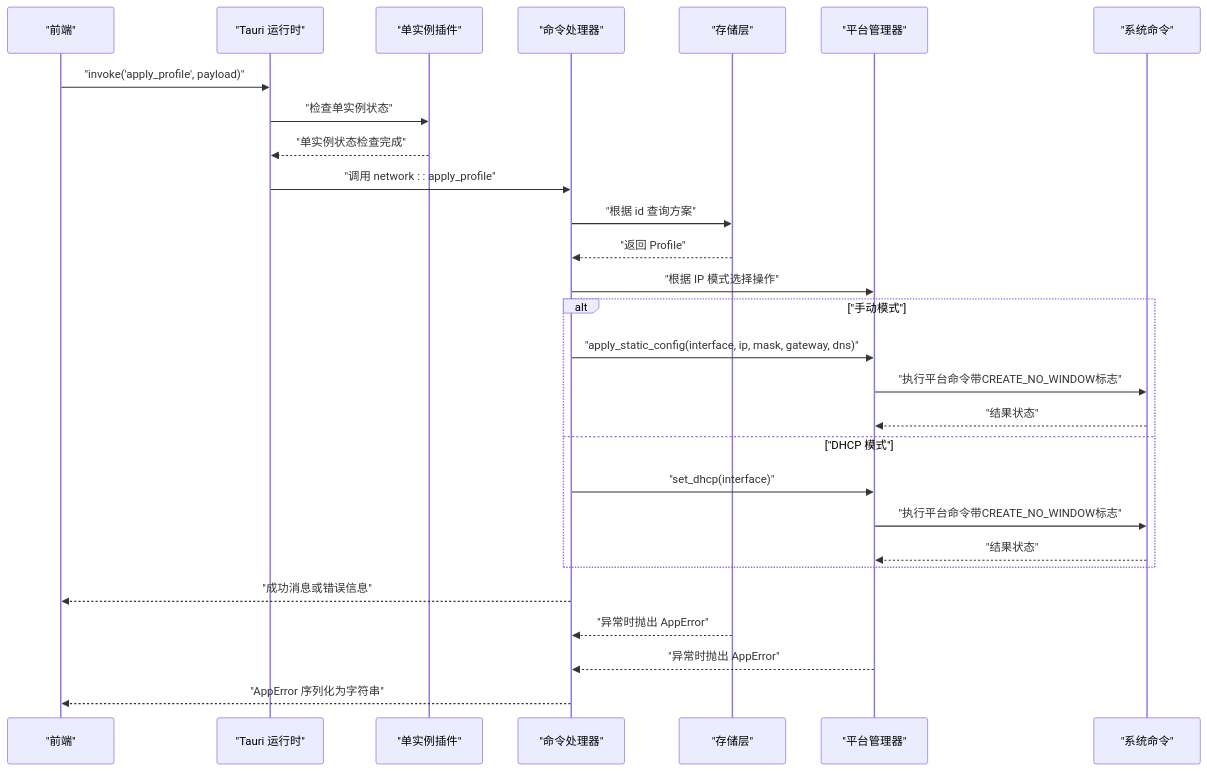
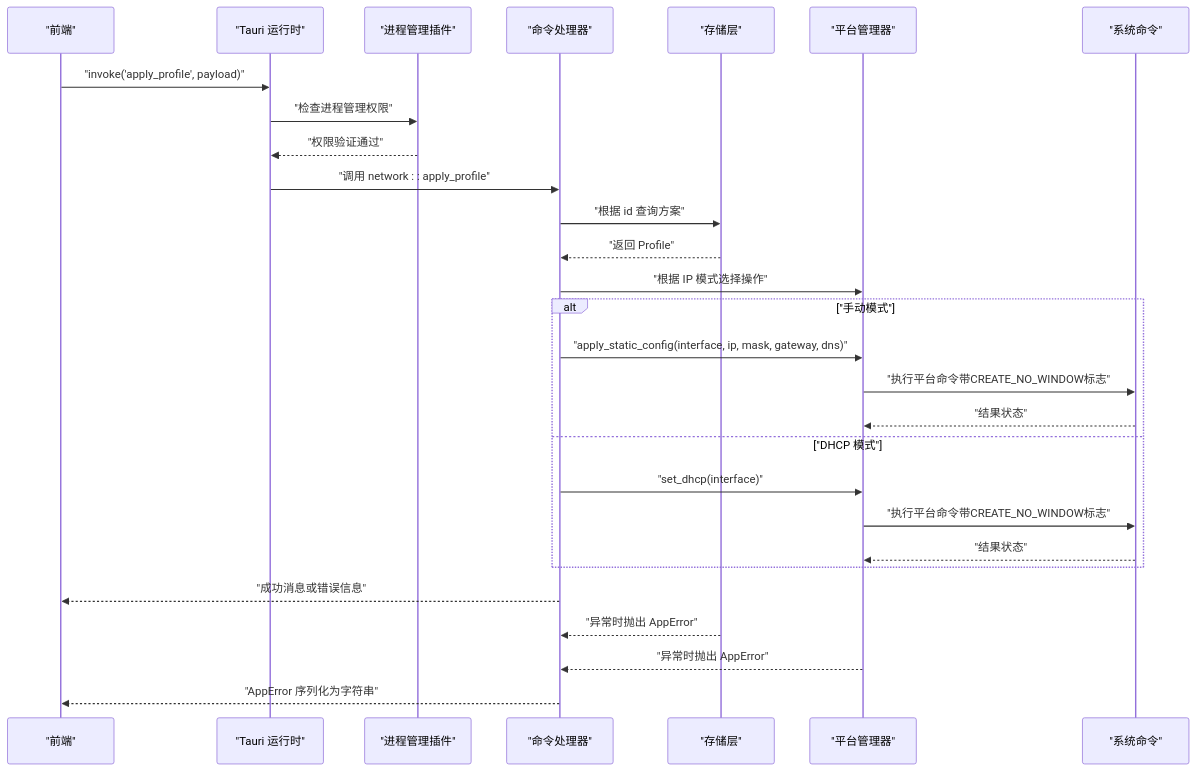
The second of 6 diagrams in .qoder/repowiki/zh/content/后端开发指南/后端开发指南.md (xdongliang/IPSwitcher), drawn with Mermaid before and after one commit. The commit also changed other lines of this file and 3 other files, not shown here.

````diff
--- a/.qoder/repowiki/zh/content/后端开发指南/后端开发指南.md
+++ b/.qoder/repowiki/zh/content/后端开发指南/后端开发指南.md
@@ -121,30 +132,30 @@
 ```mermaid
 sequenceDiagram
 participant FE as "前端"
 participant TAURI as "Tauri 运行时"
-participant SI as "单实例插件"
+participant PROC as "进程管理插件"
 participant CMD as "命令处理器"
 participant REPO as "存储层"
 participant PM as "平台管理器"
 participant SYS as "系统命令"
 FE->>TAURI : "invoke('apply_profile', payload)"
-TAURI->>SI : "检查单实例状态"
-SI-->>TAURI : "单实例状态检查完成"
+TAURI->>PROC : "检查进程管理权限"
+PROC-->>TAURI : "权限验证通过"
 TAURI->>CMD : "调用 network : : apply_profile"
 CMD->>REPO : "根据 id 查询方案"
 REPO-->>CMD : "返回 Profile"
 CMD->>PM : "根据 IP 模式选择操作"
 alt "手动模式"
 CMD->>PM : "apply_static_config(interface, ip, mask, gateway, dns)"
 PM->>SYS : "执行平台命令带CREATE_NO_WINDOW标志"
 SYS-->>PM : "结果状态"
 else "DHCP 模式"
 CMD->>PM : "set_dhcp(interface)"
 PM->>SYS : "执行平台命令带CREATE_NO_WINDOW标志"
 SYS-->>PM : "结果状态"
 end
 CMD-->>FE : "成功消息或错误信息"
 REPO-->>CMD : "异常时抛出 AppError"
 PM-->>CMD : "异常时抛出 AppError"
 CMD-->>FE : "AppError 序列化为字符串"
 ```
````
